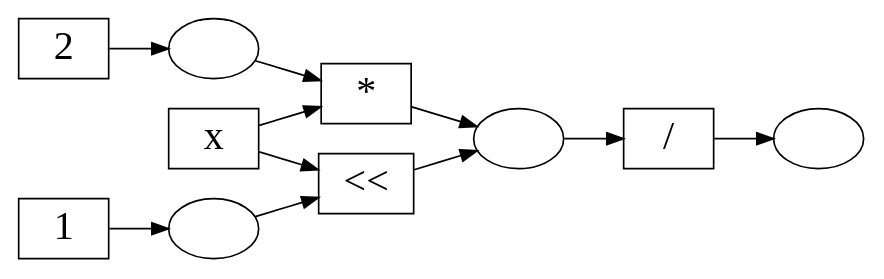
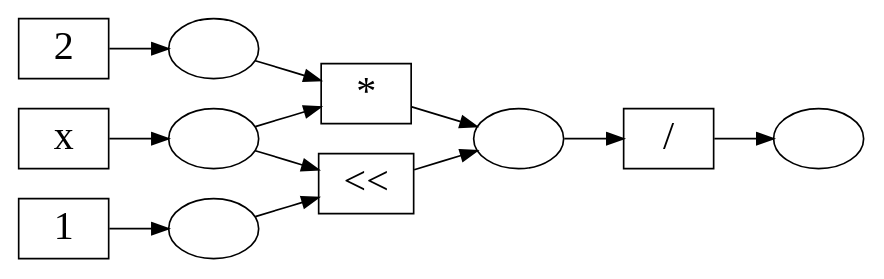
One commit to oatlog/oatlog changed the diagram in doc/figures/egraph_example2.dot. Above: the diagram before and after it, drawn with Graphviz. The commit also changed 3 other files, not shown here.

```diff
--- a/doc/figures/egraph_example2.dot
+++ b/doc/figures/egraph_example2.dot
@@ -1,30 +1,32 @@
 // (a + 2) * c
 digraph G {
     rankdir = "LR";
     fontsize="24"
     node [ fontsize="24"; shape=rect ]
 
     two [label="2"];
     ctwo [label="",shape=ellipse];
     x [label="x"];
+    cx [label="",shape=ellipse];
     x2 [label="*"];
     cx2 [label="",shape=ellipse];
     x2_div2 [label="/"];
     ctop [label="",shape=ellipse];
 
     one [label="1"];
     cone [label="",shape=ellipse];
     xs [label="<<"];
 
-    x -> x2;
+    x -> cx;
+    cx -> x2;
     two -> ctwo;
     ctwo -> x2;
     x2 -> cx2;
     cx2 -> x2_div2;
     x2_div2 -> ctop;
 
     one -> cone;
-    x -> xs;
+    cx -> xs;
     cone -> xs;
     xs -> cx2;
 }
```
